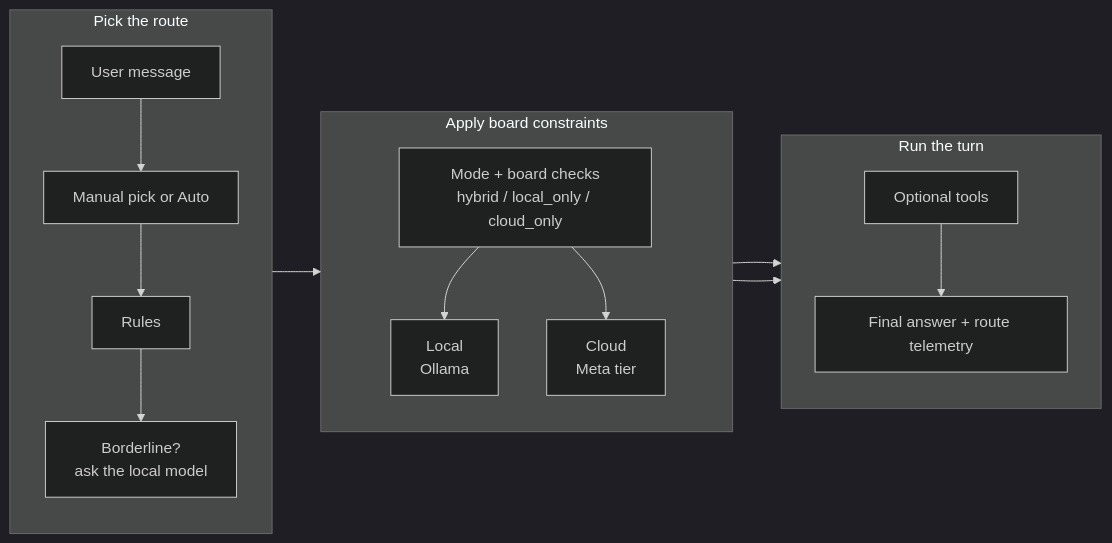
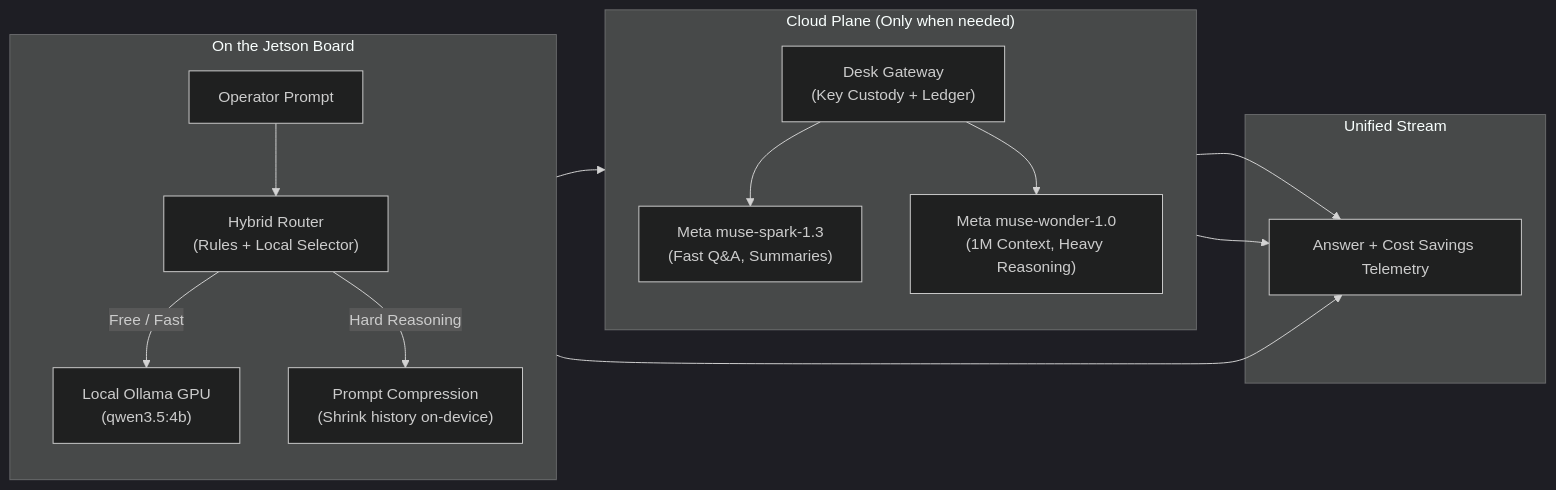
The second of 3 diagrams in README.md (altaga/MetaDesk), drawn with Mermaid (dark theme) before and after one commit. The commit also changed other lines of this file and 3 other files, not shown here.

````diff
--- a/README.md
+++ b/README.md
@@ -103,27 +77,22 @@
 ```mermaid
 flowchart LR
-  subgraph Pick["Pick the route"]
+  subgraph OnBoard["On the Jetson Board"]
     direction TB
-    Msg["User message"] --> Manual["Manual pick or Auto"]
-    Manual --> Rules["Rules"]
-    Rules --> Selector["Borderline?<br/>ask the local model"]
-  end
-  subgraph Route["Apply board constraints"]
-    direction TB
-    Override["Mode + board checks<br/>hybrid / local_only / cloud_only"]
-    Local["Local<br/>Ollama"]
-    Cloud["Cloud<br/>Meta tier"]
-  end
-  subgraph Execute["Run the turn"]
-    direction TB
-    Tools["Optional tools"]
-    Answer["Final answer + route telemetry"]
+    Msg["Operator Prompt"] --> Router["Hybrid Router<br/>(Rules + Local Selector)"]
+    Router -->|Free / Fast| Local["Local Ollama GPU<br/>(qwen3.5:4b)"]
+    Router -->|Hard Reasoning| Compress["Prompt Compression<br/>(Shrink history on-device)"]
   end
 
-  Selector --> Override
-  Override --> Local
-  Override --> Cloud
-  Local --> Tools
-  Cloud --> Tools
-  Tools --> Answer
+  subgraph CloudPlane["Cloud Plane (Only when needed)"]
+    direction TB
+    Compress --> Gateway["Desk Gateway<br/>(Key Custody + Ledger)"]
+    Gateway --> MetaSpark["Meta muse-spark-1.3<br/>(Fast Q&A, Summaries)"]
+    Gateway --> MetaWonder["Meta muse-wonder-1.0<br/>(1M Context, Heavy Reasoning)"]
+  end
+
+  subgraph Output["Unified Stream"]
+    Local --> Result["Answer + Cost Savings Telemetry"]
+    MetaSpark --> Result
+    MetaWonder --> Result
+  end
 ```
````
